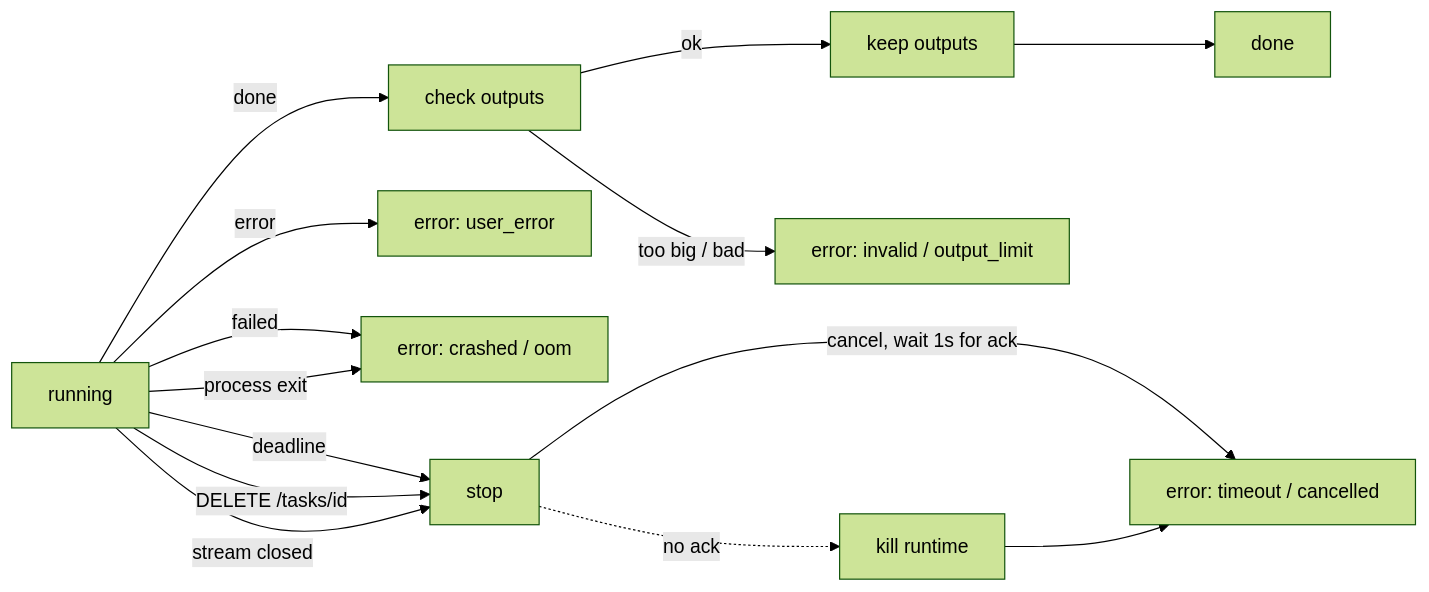
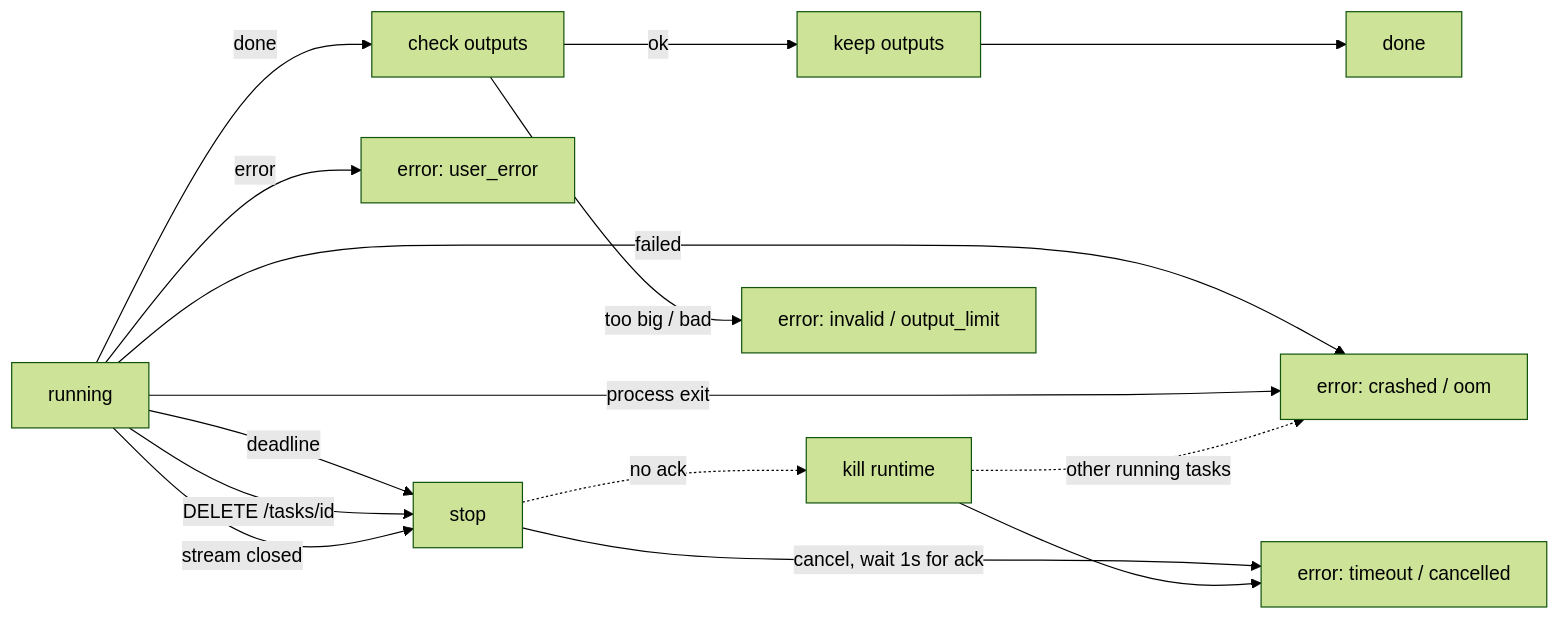
The second of 5 diagrams in docs/code-daemon.md (n8n-io/n8n-sandbox-service), drawn with Mermaid (forest theme) before and after one commit. The commit also changed other lines of this file, not shown here.

````diff
--- a/docs/code-daemon.md
+++ b/docs/code-daemon.md
@@ -60,14 +60,15 @@
 ```mermaid
 flowchart LR
     X[running] -->|done| C[check outputs]
     X -->|error| UE[error: user_error]
     X -->|failed| CR[error: crashed / oom]
     X -->|process exit| CR
     X -->|deadline| S[stop]
     X -->|DELETE /tasks/id| S
     X -->|stream closed| S
     S -->|cancel, wait 1s for ack| E[error: timeout / cancelled]
     S -.->|no ack| K[kill runtime] --> E
+    K -.->|other running tasks| CR
     C -->|ok| K2[keep outputs] --> DONE[done]
     C -->|too big / bad| INV[error: invalid / output_limit]
 ```
````
